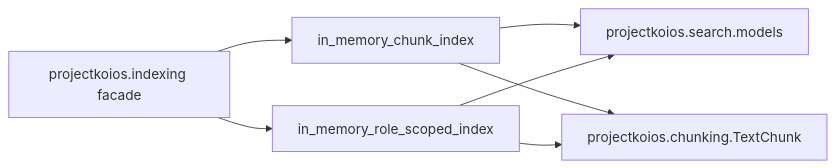
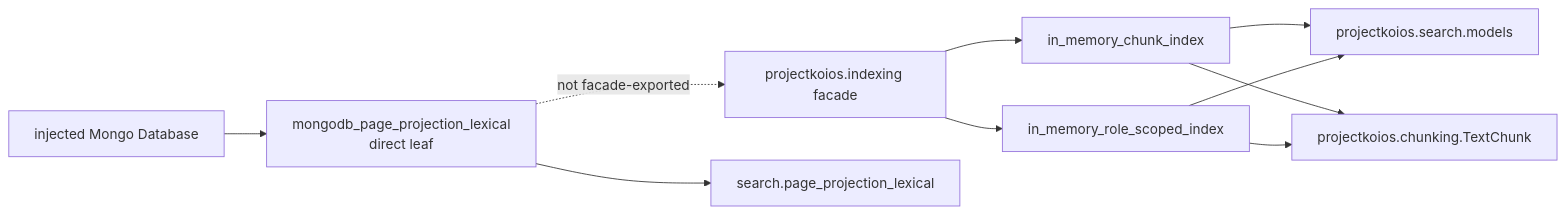
One commit to eragasa/projectkoios-search changed the diagram in docs/architecture/projectkoios/indexing/schematic.md. Above: the diagram before and after it, drawn with Mermaid. The commit also changed other lines of this file and 42 other files, not shown here.

Commit message:
Implement Mongo page-projection lexical index

````diff
--- a/docs/architecture/projectkoios/indexing/schematic.md
+++ b/docs/architecture/projectkoios/indexing/schematic.md
@@ -3,9 +3,12 @@
 ```mermaid
 flowchart LR
     Facade["projectkoios.indexing facade"] --> Chunk["in_memory_chunk_index"]
     Facade --> Scoped["in_memory_role_scoped_index"]
     Chunk --> SearchModels["projectkoios.search.models"]
     Scoped --> SearchModels
     Chunk --> TextChunk["projectkoios.chunking.TextChunk"]
     Scoped --> TextChunk
+    Mongo["mongodb_page_projection_lexical<br/>direct leaf"] --> Lexical["search.page_projection_lexical"]
+    Database["injected Mongo Database"] --> Mongo
+    Mongo -. "not facade-exported" .-> Facade
 ```
````
